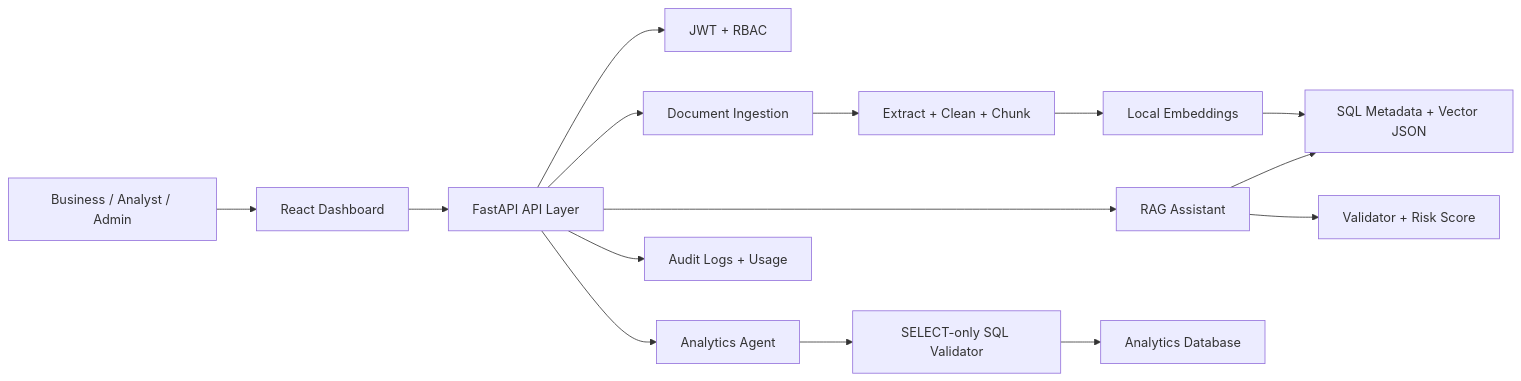
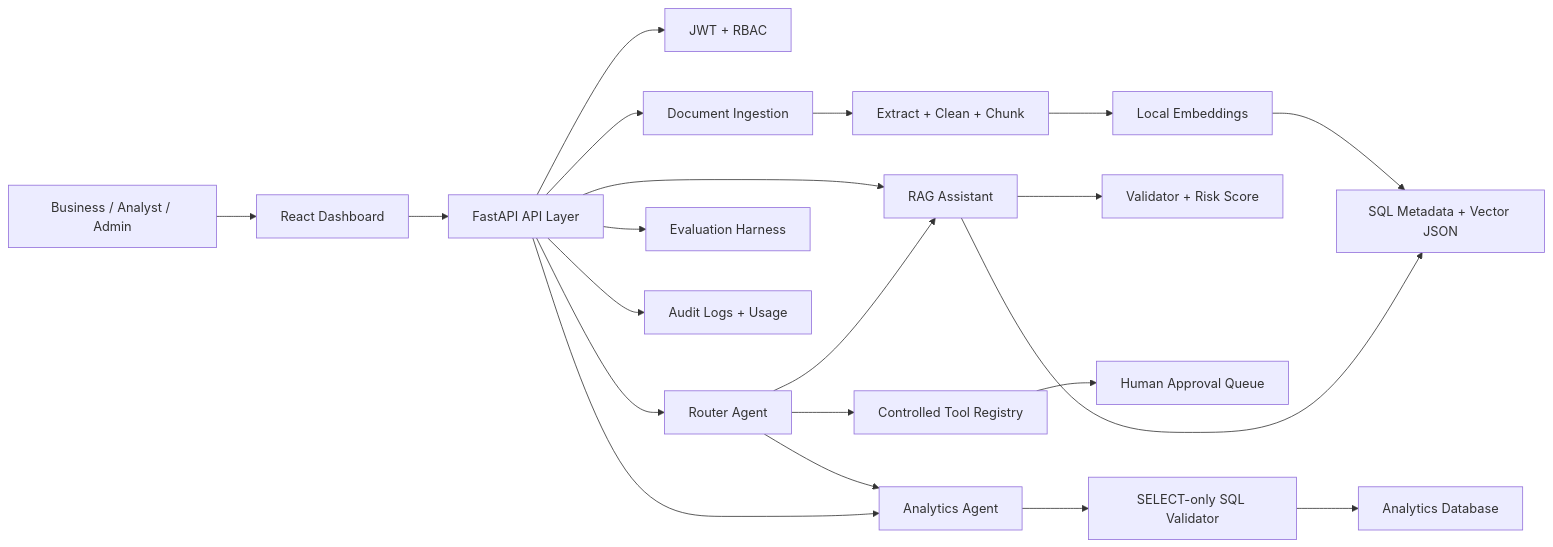
The diagram in docs/architecture.md (ashokpydev/GenAI), drawn with Mermaid before and after one commit. The commit also changed other lines of this file and 28 other files, not shown here.

````diff
--- a/docs/architecture.md
+++ b/docs/architecture.md
@@ -3,17 +3,23 @@
 ```mermaid
 flowchart LR
   User["Business / Analyst / Admin"] --> UI["React Dashboard"]
   UI --> API["FastAPI API Layer"]
   API --> Auth["JWT + RBAC"]
   API --> Docs["Document Ingestion"]
   Docs --> Extract["Extract + Clean + Chunk"]
   Extract --> Embed["Local Embeddings"]
   Embed --> Store["SQL Metadata + Vector JSON"]
   API --> RAG["RAG Assistant"]
   RAG --> Store
   RAG --> Guard["Validator + Risk Score"]
+  API --> Agent["Router Agent"]
+  Agent --> RAG
+  Agent --> SQL
+  Agent --> Tools["Controlled Tool Registry"]
+  Tools --> Approval["Human Approval Queue"]
   API --> SQL["Analytics Agent"]
   SQL --> SQLGuard["SELECT-only SQL Validator"]
   SQLGuard --> DemoDB["Analytics Database"]
+  API --> Eval["Evaluation Harness"]
   API --> Audit["Audit Logs + Usage"]
 ```
````
